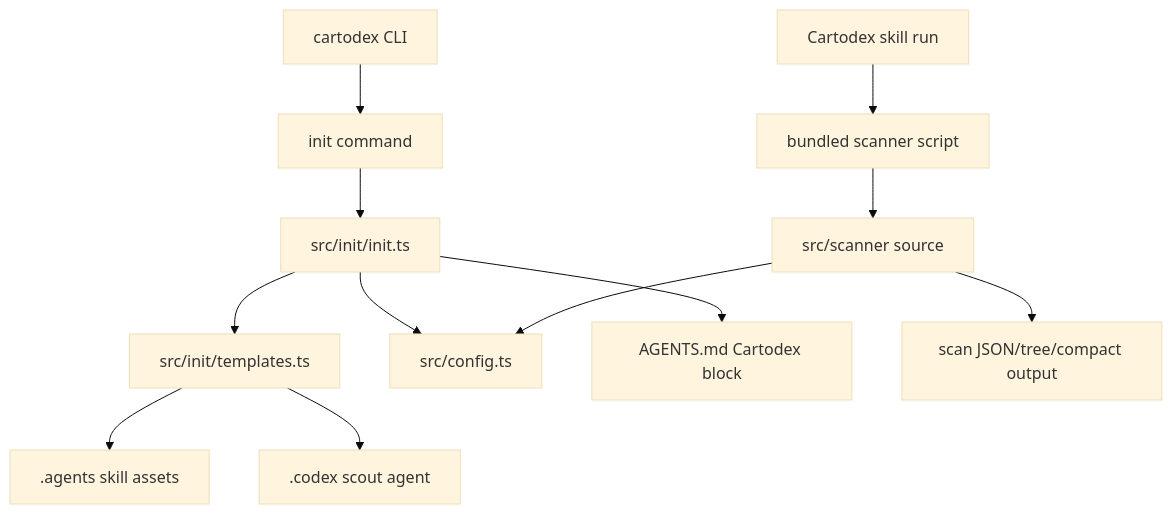
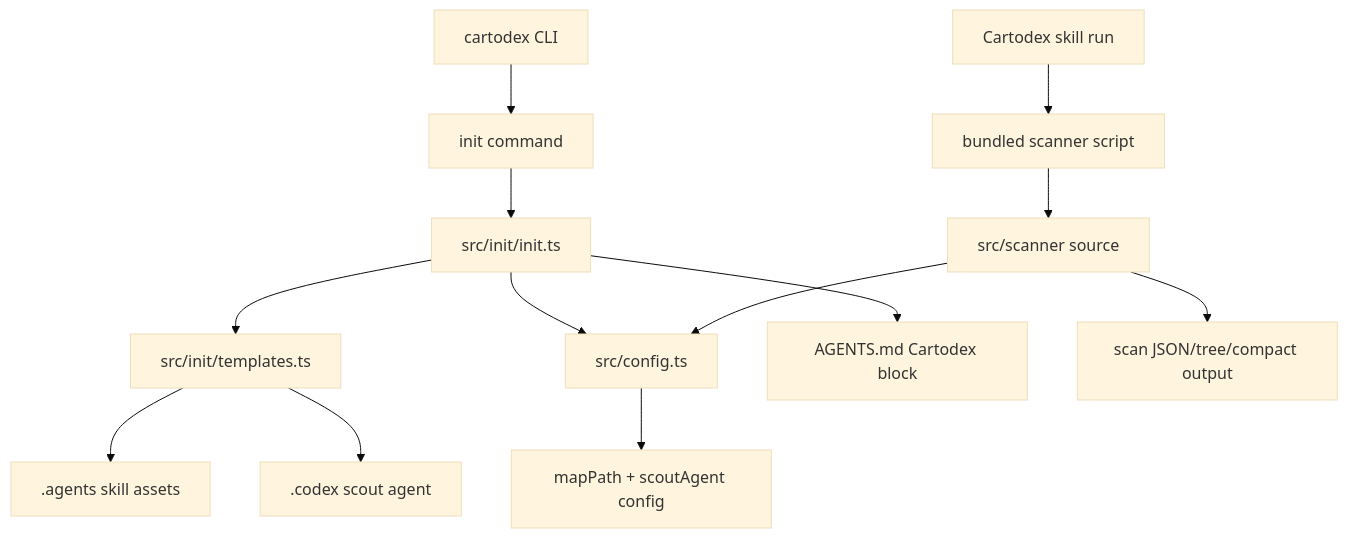
The diagram in docs/CARTODEX_MAP.md (igorTT/cartographer-codex), drawn with Mermaid (base theme) before and after one commit. The commit also changed other lines of this file and 3 other files, not shown here.

````diff
--- a/docs/CARTODEX_MAP.md
+++ b/docs/CARTODEX_MAP.md
@@ -17,14 +17,15 @@
 ```mermaid
 flowchart TD
   A["cartodex CLI"] --> B["init command"]
   B --> C["src/init/init.ts"]
   C --> D["src/init/templates.ts"]
   C --> E["src/config.ts"]
   C --> F["AGENTS.md Cartodex block"]
   D --> G[".agents skill assets"]
   D --> H[".codex scout agent"]
+  E --> M["mapPath + scoutAgent config"]
   I["Cartodex skill run"] --> J["bundled scanner script"]
   J --> K["src/scanner source"]
   K --> E
   K --> L["scan JSON/tree/compact output"]
 ```
````
